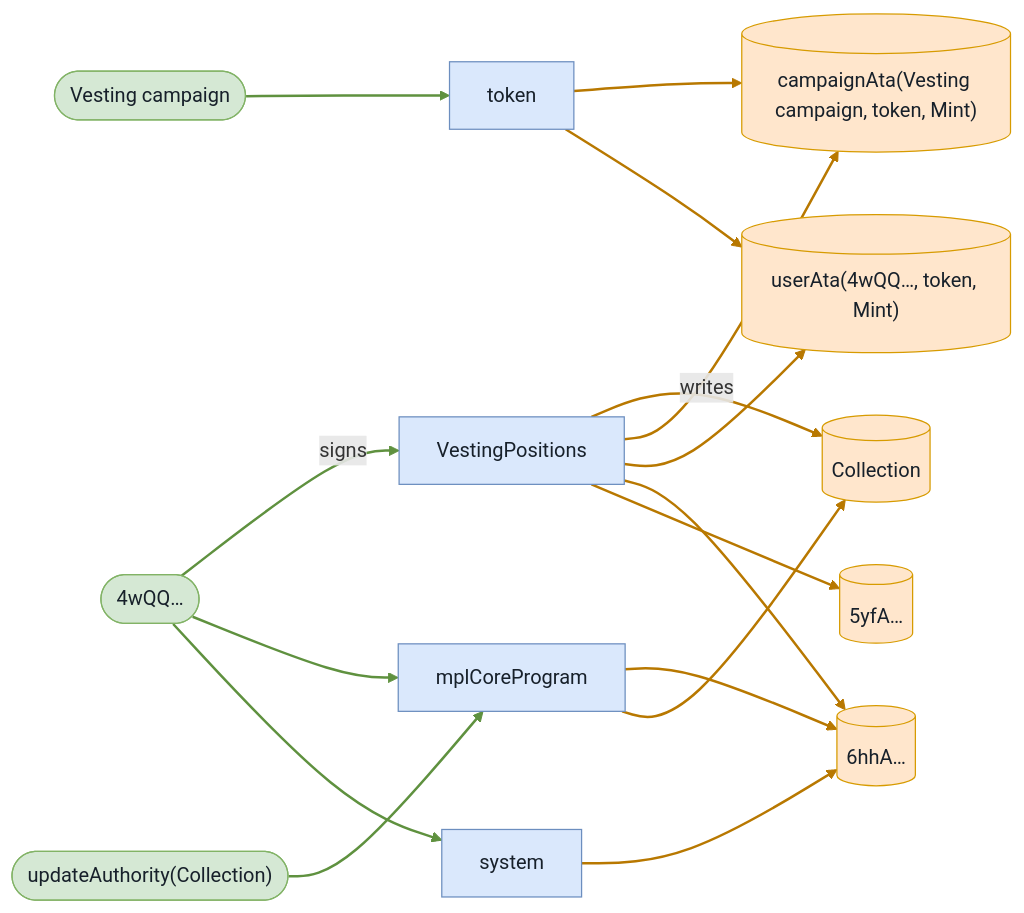
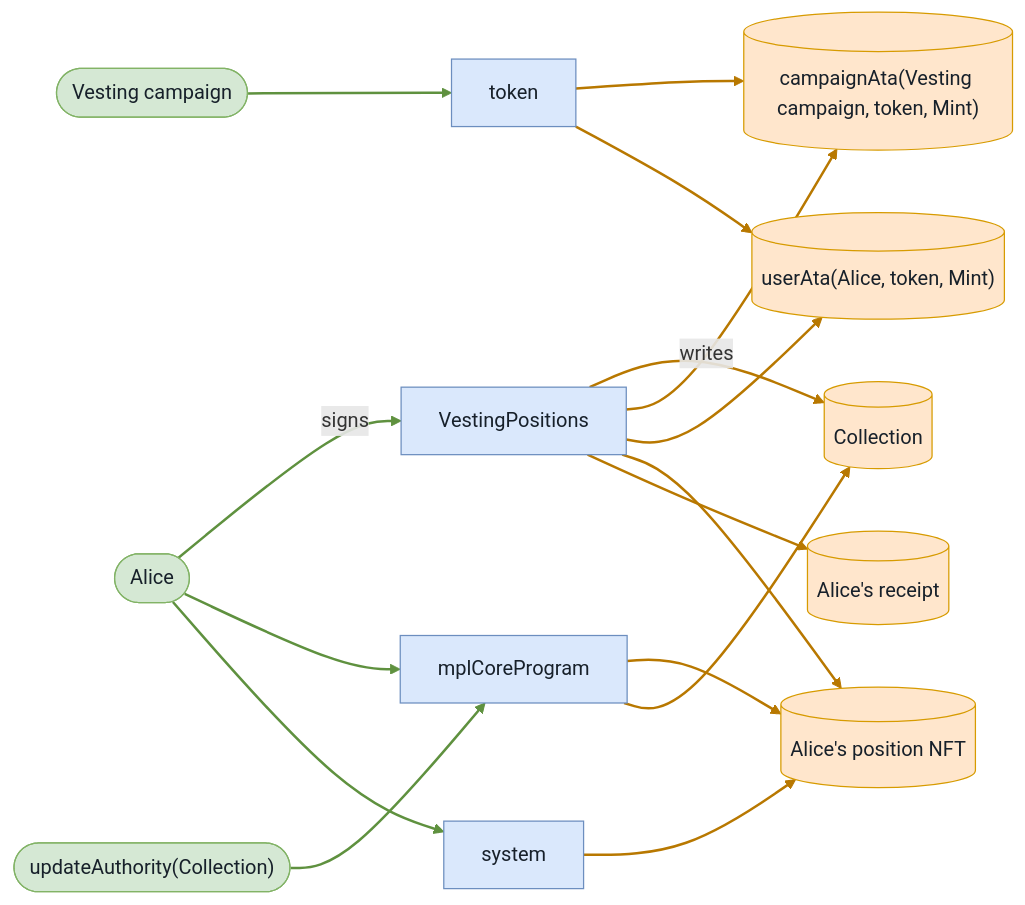
One commit to cds-turbin3/vesting-position changed the eighth of 9 diagrams in babelfish-tests/test-report/fully_claimed_non_transferable_has_no_asset_freeze.md. Above: the diagram before and after it, drawn with Mermaid. The commit also changed other lines of this file and 104 other files, not shown here.

````diff
--- a/babelfish-tests/test-report/fully_claimed_non_transferable_has_no_asset_freeze.md
+++ b/babelfish-tests/test-report/fully_claimed_non_transferable_has_no_asset_freeze.md
@@ -400,35 +400,35 @@
 ```mermaid
 flowchart LR
     VestingPositions["VestingPositions"]:::program
-    n4wQQ(["4wQQ…"]):::signer
+    Alice(["Alice"]):::signer
     Collection[("Collection")]:::state
     campaignAtaVestingcampaigntokenMint[("campaignAta(Vesting campaign, token, Mint)")]:::state
-    userAta4wQQtokenMint[("userAta(4wQQ…, token, Mint)")]:::state
-    n6hhA[("6hhA…")]:::state
-    n5yfA[("5yfA…")]:::state
+    userAtaAlicetokenMint[("userAta(Alice, token, Mint)")]:::state
+    AlicespositionNFT[("Alice's position NFT")]:::state
+    Alicesreceipt[("Alice's receipt")]:::state
     mplCoreProgram["mplCoreProgram"]:::program
     updateAuthorityCollection(["updateAuthority(Collection)"]):::signer
     system["system"]:::program
     token["token"]:::program
     Vestingcampaign(["Vesting campaign"]):::signer
-    n4wQQ -->|signs| VestingPositions
+    Alice -->|signs| VestingPositions
     VestingPositions -->|writes| Collection
     VestingPositions --> campaignAtaVestingcampaigntokenMint
-    VestingPositions --> userAta4wQQtokenMint
-    VestingPositions --> n6hhA
-    VestingPositions --> n5yfA
-    mplCoreProgram --> n6hhA
+    VestingPositions --> userAtaAlicetokenMint
+    VestingPositions --> AlicespositionNFT
+    VestingPositions --> Alicesreceipt
+    mplCoreProgram --> AlicespositionNFT
     mplCoreProgram --> Collection
-    n4wQQ --> mplCoreProgram
+    Alice --> mplCoreProgram
     updateAuthorityCollection --> mplCoreProgram
-    n4wQQ --> system
-    system --> n6hhA
+    Alice --> system
+    system --> AlicespositionNFT
     token --> campaignAtaVestingcampaigntokenMint
-    token --> userAta4wQQtokenMint
+    token --> userAtaAlicetokenMint
     Vestingcampaign --> token
     classDef program fill:#dae8fc,stroke:#6c8ebf,color:#17202a;
     classDef signer fill:#d5e8d4,stroke:#82b366,color:#17202a;
     classDef state fill:#ffe6cc,stroke:#d79b00,color:#17202a;
     linkStyle 0,8,9,10,14 stroke:#5f913f,stroke-width:2px
     linkStyle 1,2,3,4,5,6,7,11,12,13 stroke:#b87800,stroke-width:2px
 ```
````
